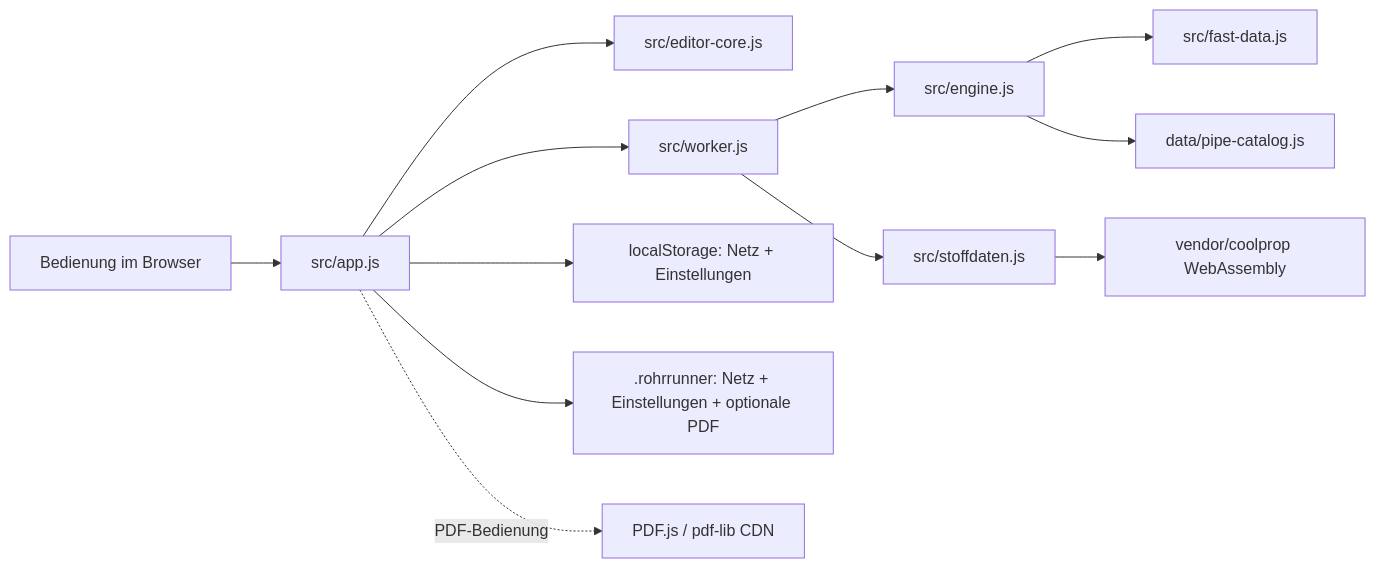
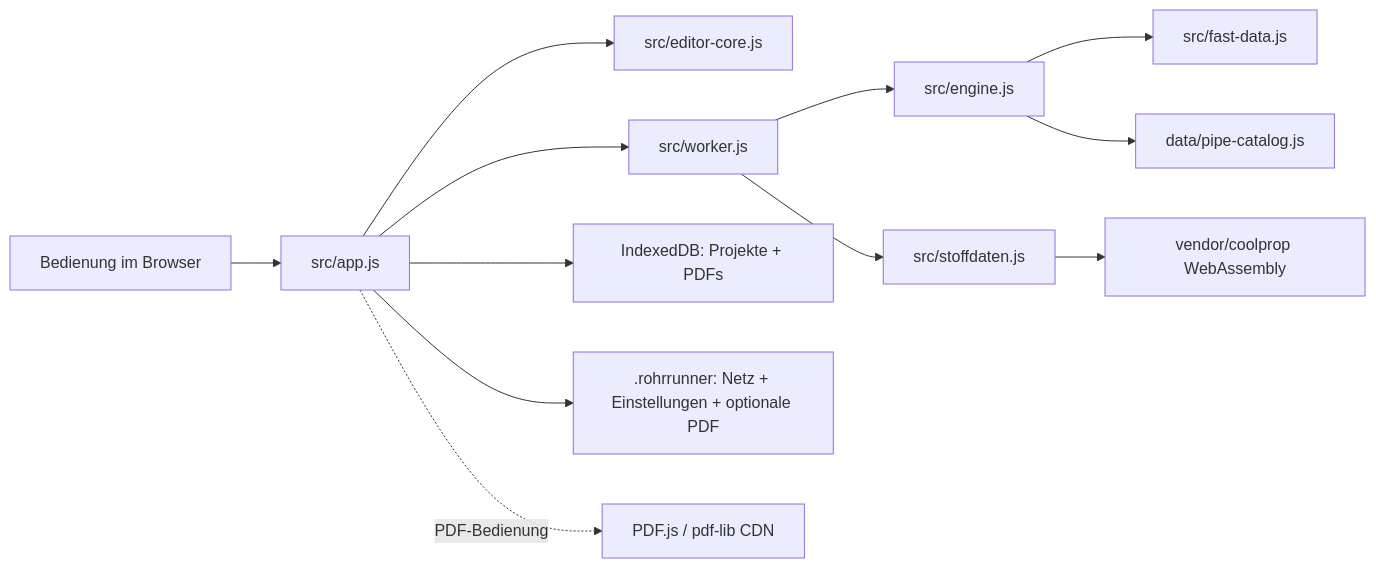
Before and after one commit to MrK235/RohrRunner: the diagram in ARCHITECTURE.md, drawn with Mermaid. The commit also changed other lines of this file and 8 other files, not shown here.

````diff
--- a/ARCHITECTURE.md
+++ b/ARCHITECTURE.md
@@ -7,14 +7,14 @@
 ```mermaid
 flowchart LR
   User[Bedienung im Browser] --> App[src/app.js]
   App --> Editor[src/editor-core.js]
   App --> Worker[src/worker.js]
   Worker --> Engine[src/engine.js]
   Worker --> Props[src/stoffdaten.js]
   Props --> CoolProp[vendor/coolprop WebAssembly]
   Engine --> Fast[src/fast-data.js]
   Engine --> Catalog[data/pipe-catalog.js]
-  App --> BrowserStorage[localStorage: Netz + Einstellungen]
+  App --> BrowserStorage[IndexedDB: Projekte + PDFs]
   App --> ProjectFile[.rohrrunner: Netz + Einstellungen + optionale PDF]
   App -. PDF-Bedienung .-> CDN[PDF.js / pdf-lib CDN]
 ```
````
